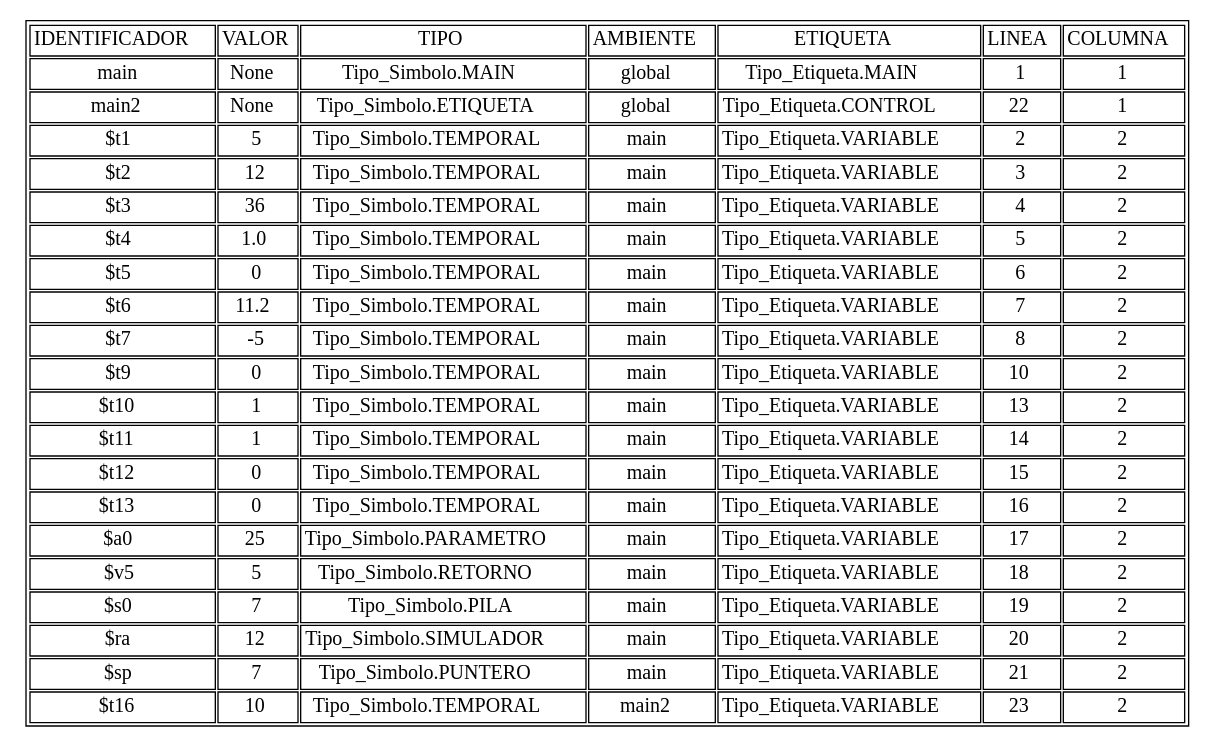
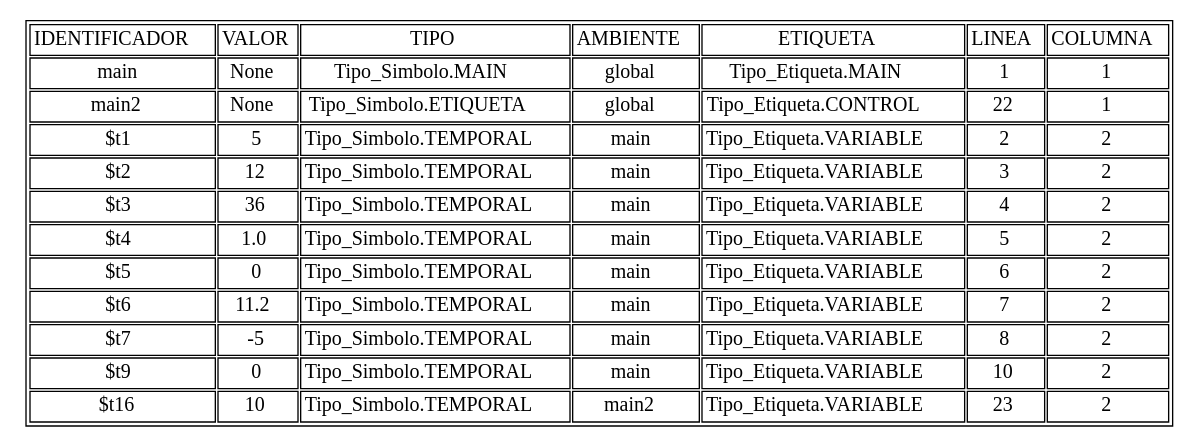
The diagram in tablasimbolos.dot (AndreeAvalos/OLC2-AUGUS), drawn with Graphviz before and after one commit. The commit also changed 9 other files, not shown here.

```diff
--- a/tablasimbolos.dot
+++ b/tablasimbolos.dot
@@ -1,28 +1,19 @@
 digraph tabla{
 graph [ratio=fill];node [label="\N", fontsize=15, shape=plaintext];
 graph [bb="0,0,352,154"];
 arset [label=<<TABLE ALIGN="LEFT">
 <TR><TD>IDENTIFICADOR</TD><TD>VALOR</TD><TD>TIPO</TD><TD>AMBIENTE</TD><TD>ETIQUETA</TD><TD>LINEA</TD><TD>COLUMNA</TD></TR>
 <TR><TD>main</TD><TD>None</TD><TD>Tipo_Simbolo.MAIN</TD><TD>global</TD><TD>Tipo_Etiqueta.MAIN</TD><TD>1</TD><TD>1</TD></TR>
 <TR><TD>main2</TD><TD>None</TD><TD>Tipo_Simbolo.ETIQUETA</TD><TD>global</TD><TD>Tipo_Etiqueta.CONTROL</TD><TD>22</TD><TD>1</TD></TR>
 <TR><TD>$t1</TD><TD>5</TD><TD>Tipo_Simbolo.TEMPORAL</TD><TD>main</TD><TD>Tipo_Etiqueta.VARIABLE</TD><TD>2</TD><TD>2</TD></TR>
 <TR><TD>$t2</TD><TD>12</TD><TD>Tipo_Simbolo.TEMPORAL</TD><TD>main</TD><TD>Tipo_Etiqueta.VARIABLE</TD><TD>3</TD><TD>2</TD></TR>
 <TR><TD>$t3</TD><TD>36</TD><TD>Tipo_Simbolo.TEMPORAL</TD><TD>main</TD><TD>Tipo_Etiqueta.VARIABLE</TD><TD>4</TD><TD>2</TD></TR>
 <TR><TD>$t4</TD><TD>1.0</TD><TD>Tipo_Simbolo.TEMPORAL</TD><TD>main</TD><TD>Tipo_Etiqueta.VARIABLE</TD><TD>5</TD><TD>2</TD></TR>
 <TR><TD>$t5</TD><TD>0</TD><TD>Tipo_Simbolo.TEMPORAL</TD><TD>main</TD><TD>Tipo_Etiqueta.VARIABLE</TD><TD>6</TD><TD>2</TD></TR>
 <TR><TD>$t6</TD><TD>11.2</TD><TD>Tipo_Simbolo.TEMPORAL</TD><TD>main</TD><TD>Tipo_Etiqueta.VARIABLE</TD><TD>7</TD><TD>2</TD></TR>
 <TR><TD>$t7</TD><TD>-5</TD><TD>Tipo_Simbolo.TEMPORAL</TD><TD>main</TD><TD>Tipo_Etiqueta.VARIABLE</TD><TD>8</TD><TD>2</TD></TR>
 <TR><TD>$t9</TD><TD>0</TD><TD>Tipo_Simbolo.TEMPORAL</TD><TD>main</TD><TD>Tipo_Etiqueta.VARIABLE</TD><TD>10</TD><TD>2</TD></TR>
-<TR><TD>$t10</TD><TD>1</TD><TD>Tipo_Simbolo.TEMPORAL</TD><TD>main</TD><TD>Tipo_Etiqueta.VARIABLE</TD><TD>13</TD><TD>2</TD></TR>
-<TR><TD>$t11</TD><TD>1</TD><TD>Tipo_Simbolo.TEMPORAL</TD><TD>main</TD><TD>Tipo_Etiqueta.VARIABLE</TD><TD>14</TD><TD>2</TD></TR>
-<TR><TD>$t12</TD><TD>0</TD><TD>Tipo_Simbolo.TEMPORAL</TD><TD>main</TD><TD>Tipo_Etiqueta.VARIABLE</TD><TD>15</TD><TD>2</TD></TR>
-<TR><TD>$t13</TD><TD>0</TD><TD>Tipo_Simbolo.TEMPORAL</TD><TD>main</TD><TD>Tipo_Etiqueta.VARIABLE</TD><TD>16</TD><TD>2</TD></TR>
-<TR><TD>$a0</TD><TD>25</TD><TD>Tipo_Simbolo.PARAMETRO</TD><TD>main</TD><TD>Tipo_Etiqueta.VARIABLE</TD><TD>17</TD><TD>2</TD></TR>
-<TR><TD>$v5</TD><TD>5</TD><TD>Tipo_Simbolo.RETORNO</TD><TD>main</TD><TD>Tipo_Etiqueta.VARIABLE</TD><TD>18</TD><TD>2</TD></TR>
-<TR><TD>$s0</TD><TD>7</TD><TD>Tipo_Simbolo.PILA</TD><TD>main</TD><TD>Tipo_Etiqueta.VARIABLE</TD><TD>19</TD><TD>2</TD></TR>
-<TR><TD>$ra</TD><TD>12</TD><TD>Tipo_Simbolo.SIMULADOR</TD><TD>main</TD><TD>Tipo_Etiqueta.VARIABLE</TD><TD>20</TD><TD>2</TD></TR>
-<TR><TD>$sp</TD><TD>7</TD><TD>Tipo_Simbolo.PUNTERO</TD><TD>main</TD><TD>Tipo_Etiqueta.VARIABLE</TD><TD>21</TD><TD>2</TD></TR>
 <TR><TD>$t16</TD><TD>10</TD><TD>Tipo_Simbolo.TEMPORAL</TD><TD>main2</TD><TD>Tipo_Etiqueta.VARIABLE</TD><TD>23</TD><TD>2</TD></TR>
 </TABLE>
 >, ];
 }
```
